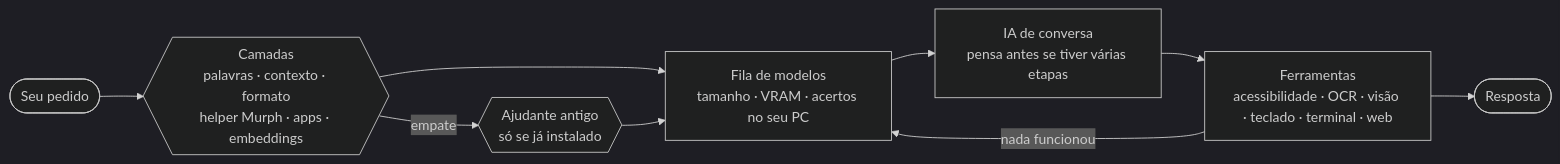
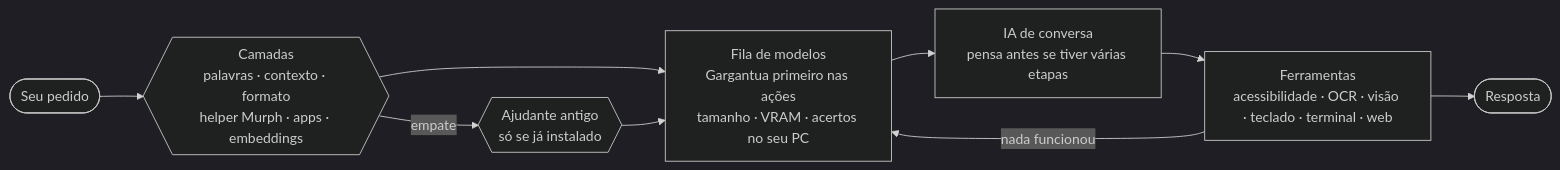
One commit to project-opentars/openTars-lightweight-local-addon changed the diagram in README.md. Above: the diagram before and after it, drawn with Mermaid (dark theme). The commit also changed other lines of this file and 1 other file, not shown here.

````diff
--- a/README.md
+++ b/README.md
@@ -108,10 +157,10 @@
 ```mermaid
 flowchart LR
     P([Seu pedido]) --> L{{"Camadas<br/>palavras · contexto · formato<br/>helper Murph · apps · embeddings"}}
     L -- "empate" --> A{{"Ajudante antigo<br/>só se já instalado"}}
-    L & A --> M["Fila de modelos<br/>tamanho · VRAM · acertos no seu PC"]
+    L & A --> M["Fila de modelos<br/>Gargantua primeiro nas ações<br/>tamanho · VRAM · acertos no seu PC"]
     M --> IA["IA de conversa<br/>pensa antes se tiver várias etapas"]
     IA --> F["Ferramentas<br/>acessibilidade · OCR · visão · teclado · terminal · web"]
     F -- "nada funcionou" --> M
     F --> S([Resposta])
 ```
````
